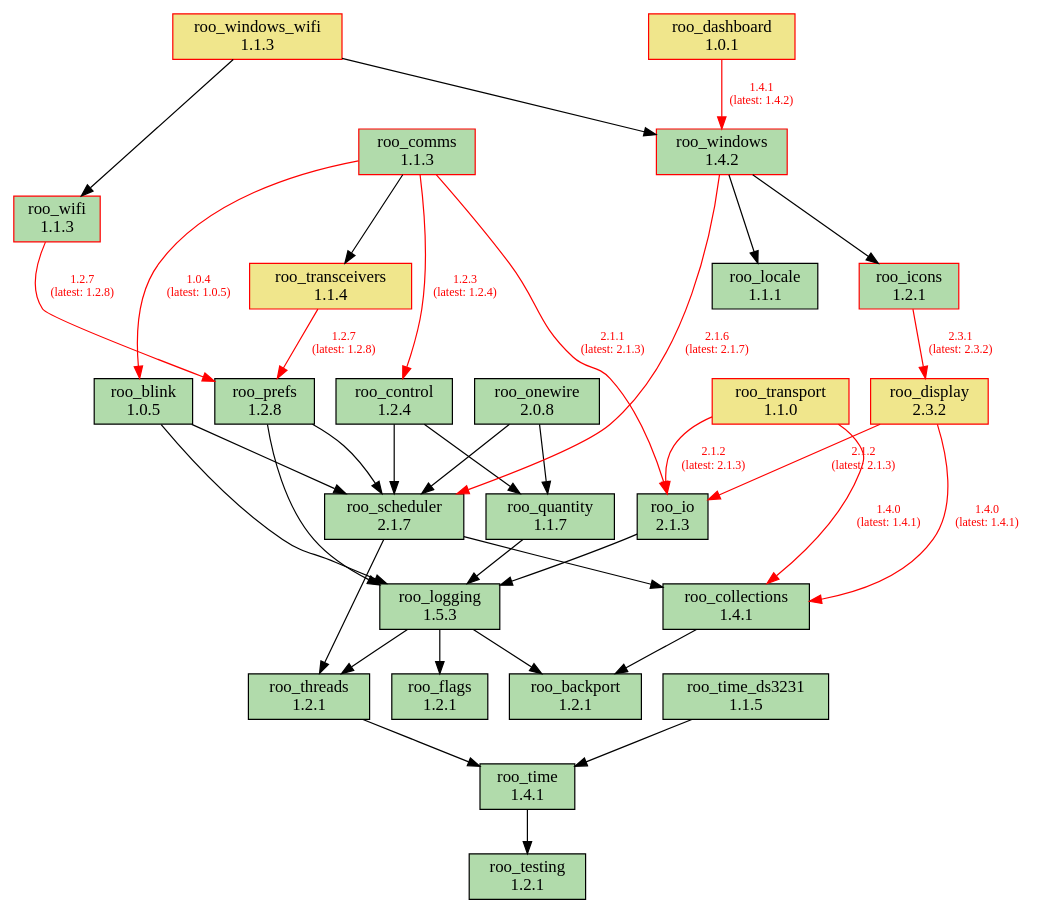
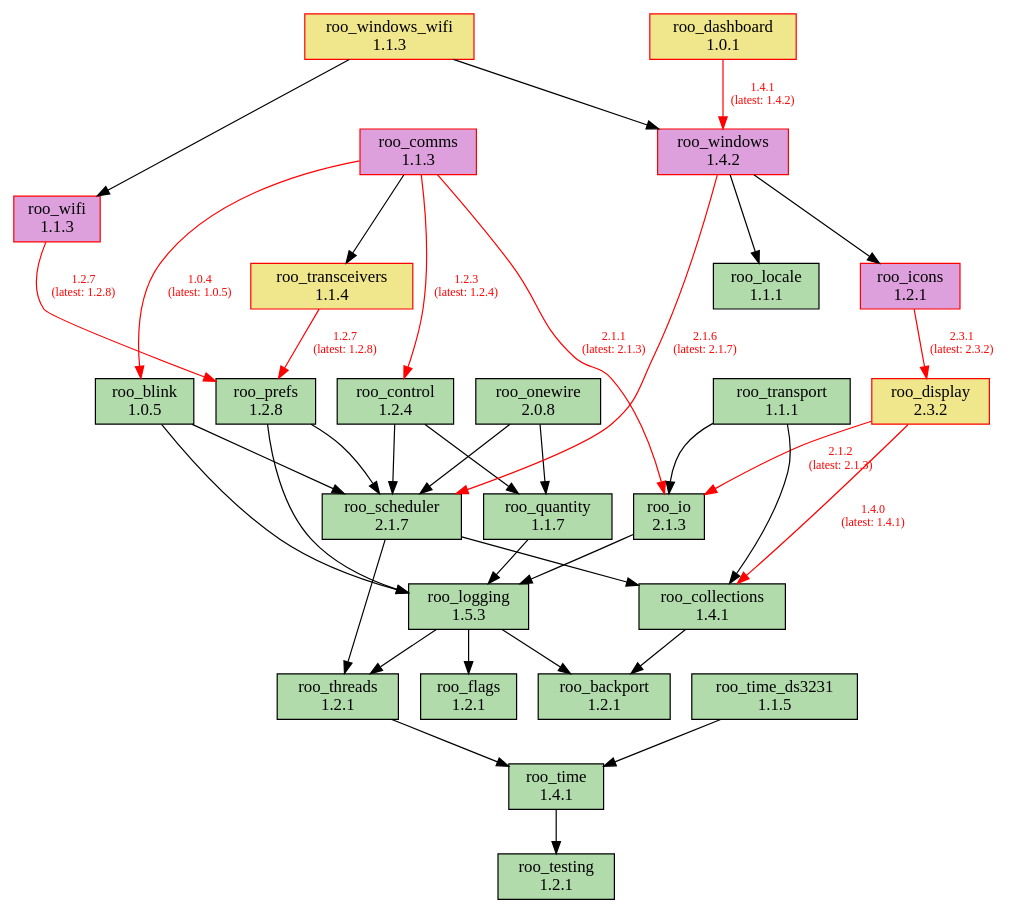
Before and after one commit to dejwk/roo-registry: the diagram in doc/dependencies.dot, drawn with Graphviz. The commit also changed 3 other files, not shown here.

Commit message:
Added roo_transport 1.1.1 to the registry.

```diff
--- a/doc/dependencies.dot
+++ b/doc/dependencies.dot
@@ -1,70 +1,70 @@
 digraph dependencies {
     rankdir=TB;
     node [shape=box, style=filled];
     edge [fontsize=10];
 
     // Modules
     "roo_backport" [label="roo_backport\n1.2.1", fillcolor="#b1dbab", color="black"];
     "roo_blink" [label="roo_blink\n1.0.5", fillcolor="#b1dbab", color="black"];
     "roo_collections" [label="roo_collections\n1.4.1", fillcolor="#b1dbab", color="black"];
-    "roo_comms" [label="roo_comms\n1.1.3", fillcolor="#b1dbab", color="red"];
+    "roo_comms" [label="roo_comms\n1.1.3", fillcolor="plum", color="red"];
     "roo_control" [label="roo_control\n1.2.4", fillcolor="#b1dbab", color="black"];
     "roo_dashboard" [label="roo_dashboard\n1.0.1", fillcolor="khaki", color="red"];
     "roo_display" [label="roo_display\n2.3.2", fillcolor="khaki", color="red"];
     "roo_flags" [label="roo_flags\n1.2.1", fillcolor="#b1dbab", color="black"];
-    "roo_icons" [label="roo_icons\n1.2.1", fillcolor="#b1dbab", color="red"];
+    "roo_icons" [label="roo_icons\n1.2.1", fillcolor="plum", color="red"];
     "roo_io" [label="roo_io\n2.1.3", fillcolor="#b1dbab", color="black"];
     "roo_locale" [label="roo_locale\n1.1.1", fillcolor="#b1dbab", color="black"];
     "roo_logging" [label="roo_logging\n1.5.3", fillcolor="#b1dbab", color="black"];
     "roo_onewire" [label="roo_onewire\n2.0.8", fillcolor="#b1dbab", color="black"];
     "roo_prefs" [label="roo_prefs\n1.2.8", fillcolor="#b1dbab", color="black"];
     "roo_quantity" [label="roo_quantity\n1.1.7", fillcolor="#b1dbab", color="black"];
     "roo_scheduler" [label="roo_scheduler\n2.1.7", fillcolor="#b1dbab", color="black"];
     "roo_testing" [label="roo_testing\n1.2.1", fillcolor="#b1dbab", color="black"];
     "roo_threads" [label="roo_threads\n1.2.1", fillcolor="#b1dbab", color="black"];
     "roo_time" [label="roo_time\n1.4.1", fillcolor="#b1dbab", color="black"];
     "roo_time_ds3231" [label="roo_time_ds3231\n1.1.5", fillcolor="#b1dbab", color="black"];
     "roo_transceivers" [label="roo_transceivers\n1.1.4", fillcolor="khaki", color="red"];
-    "roo_transport" [label="roo_transport\n1.1.0", fillcolor="khaki", color="red"];
-    "roo_wifi" [label="roo_wifi\n1.1.3", fillcolor="#b1dbab", color="red"];
-    "roo_windows" [label="roo_windows\n1.4.2", fillcolor="#b1dbab", color="red"];
+    "roo_transport" [label="roo_transport\n1.1.1", fillcolor="#b1dbab", color="black"];
+    "roo_wifi" [label="roo_wifi\n1.1.3", fillcolor="plum", color="red"];
+    "roo_windows" [label="roo_windows\n1.4.2", fillcolor="plum", color="red"];
     "roo_windows_wifi" [label="roo_windows_wifi\n1.1.3", fillcolor="khaki", color="red"];
 
     // Dependencies
     "roo_blink" -> "roo_logging";
     "roo_blink" -> "roo_scheduler";
     "roo_collections" -> "roo_backport";
     "roo_comms" -> "roo_blink" [color=red, fontcolor=red, label="1.0.4\n(latest: 1.0.5)"];
     "roo_comms" -> "roo_control" [color=red, fontcolor=red, label="1.2.3\n(latest: 1.2.4)"];
     "roo_comms" -> "roo_io" [color=red, fontcolor=red, label="2.1.1\n(latest: 2.1.3)"];
     "roo_comms" -> "roo_transceivers";
     "roo_control" -> "roo_quantity";
     "roo_control" -> "roo_scheduler";
     "roo_dashboard" -> "roo_windows" [color=red, fontcolor=red, label="1.4.1\n(latest: 1.4.2)"];
     "roo_display" -> "roo_collections" [color=red, fontcolor=red, label="1.4.0\n(latest: 1.4.1)"];
     "roo_display" -> "roo_io" [color=red, fontcolor=red, label="2.1.2\n(latest: 2.1.3)"];
     "roo_icons" -> "roo_display" [color=red, fontcolor=red, label="2.3.1\n(latest: 2.3.2)"];
     "roo_io" -> "roo_logging";
     "roo_logging" -> "roo_backport";
     "roo_logging" -> "roo_flags";
     "roo_logging" -> "roo_threads";
     "roo_onewire" -> "roo_scheduler";
     "roo_onewire" -> "roo_quantity";
     "roo_prefs" -> "roo_logging";
     "roo_prefs" -> "roo_scheduler";
     "roo_quantity" -> "roo_logging";
     "roo_scheduler" -> "roo_collections";
     "roo_scheduler" -> "roo_threads";
     "roo_threads" -> "roo_time";
     "roo_time" -> "roo_testing";
     "roo_time_ds3231" -> "roo_time";
     "roo_transceivers" -> "roo_prefs" [color=red, fontcolor=red, label="1.2.7\n(latest: 1.2.8)"];
-    "roo_transport" -> "roo_collections" [color=red, fontcolor=red, label="1.4.0\n(latest: 1.4.1)"];
-    "roo_transport" -> "roo_io" [color=red, fontcolor=red, label="2.1.2\n(latest: 2.1.3)"];
+    "roo_transport" -> "roo_collections";
+    "roo_transport" -> "roo_io";
     "roo_wifi" -> "roo_prefs" [color=red, fontcolor=red, label="1.2.7\n(latest: 1.2.8)"];
     "roo_windows" -> "roo_locale";
     "roo_windows" -> "roo_icons";
     "roo_windows" -> "roo_scheduler" [color=red, fontcolor=red, label="2.1.6\n(latest: 2.1.7)"];
     "roo_windows_wifi" -> "roo_wifi";
     "roo_windows_wifi" -> "roo_windows";
 }
```
